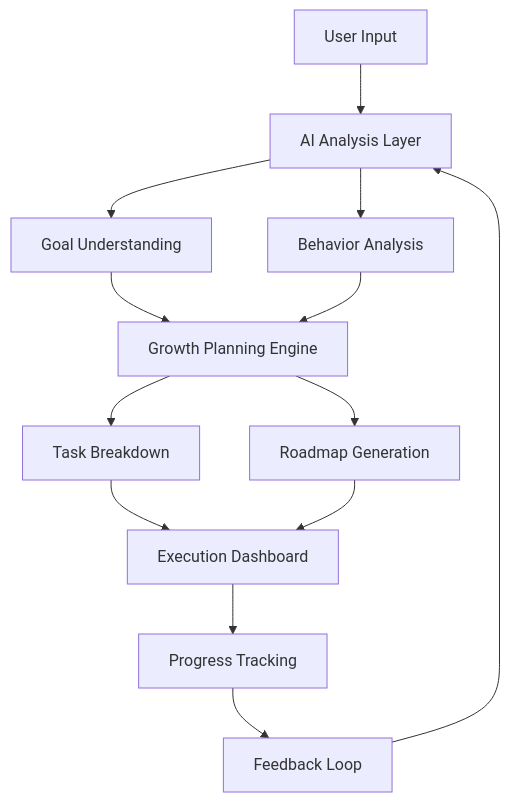
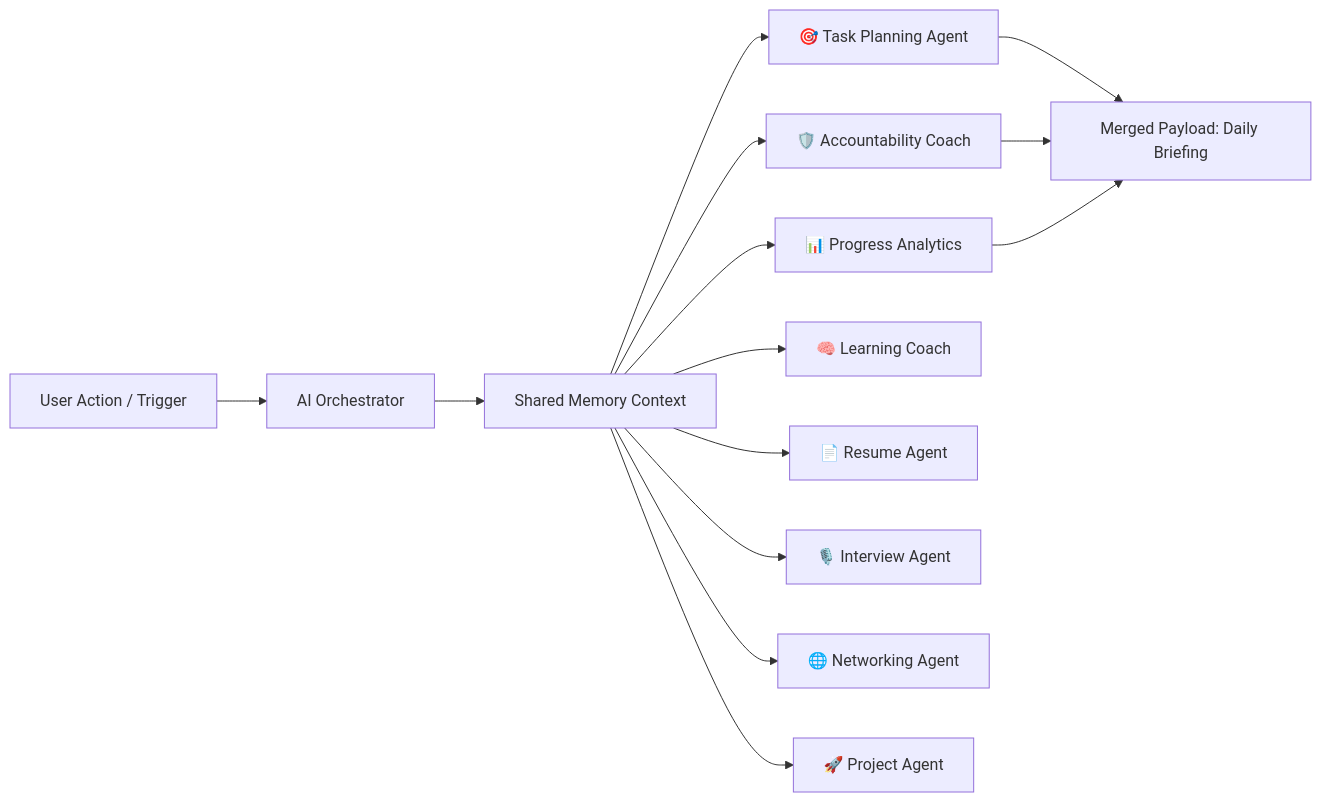
Before and after one commit to SurinderTech/GrowthOS: the second of 3 diagrams in README.md, drawn with Mermaid. The commit also changed other lines of this file and 3 other files, not shown here.

Commit message:
docs: overhaul README with SaaS architecture, NOVA LangGraph engine & AI agent specs

````diff
--- a/README.md
+++ b/README.md
@@ -303,23 +222,17 @@
 ```mermaid
-flowchart TD
-
-    A[User Input] --> B[AI Analysis Layer]
-
-    B --> C1[Goal Understanding]
-    B --> C2[Behavior Analysis]
-
-    C1 --> D[Growth Planning Engine]
-    C2 --> D
-
-    D --> E1[Task Breakdown]
-    D --> E2[Roadmap Generation]
-
-    E1 --> F[Execution Dashboard]
-    E2 --> F
-
-    F --> G[Progress Tracking]
-
-    G --> H[Feedback Loop]
-    H --> B
-
+graph LR
+    UserRequest[User Action / Trigger] --> Orchestrator[AI Orchestrator]
+    
+    Orchestrator --> Context[Shared Memory Context]
+    
+    Context --> Agent1[🎯 Task Planning Agent]
+    Context --> Agent2[🛡️ Accountability Coach]
+    Context --> Agent3[📊 Progress Analytics]
+    Context --> Agent4[🧠 Learning Coach]
+    Context --> Agent5[📄 Resume Agent]
+    Context --> Agent6[🎙️ Interview Agent]
+    Context --> Agent7[🌐 Networking Agent]
+    Context --> Agent8[🚀 Project Agent]
+    
+    Agent1 & Agent2 & Agent3 --> DailyBriefing[Merged Payload: Daily Briefing]
 ```
````
